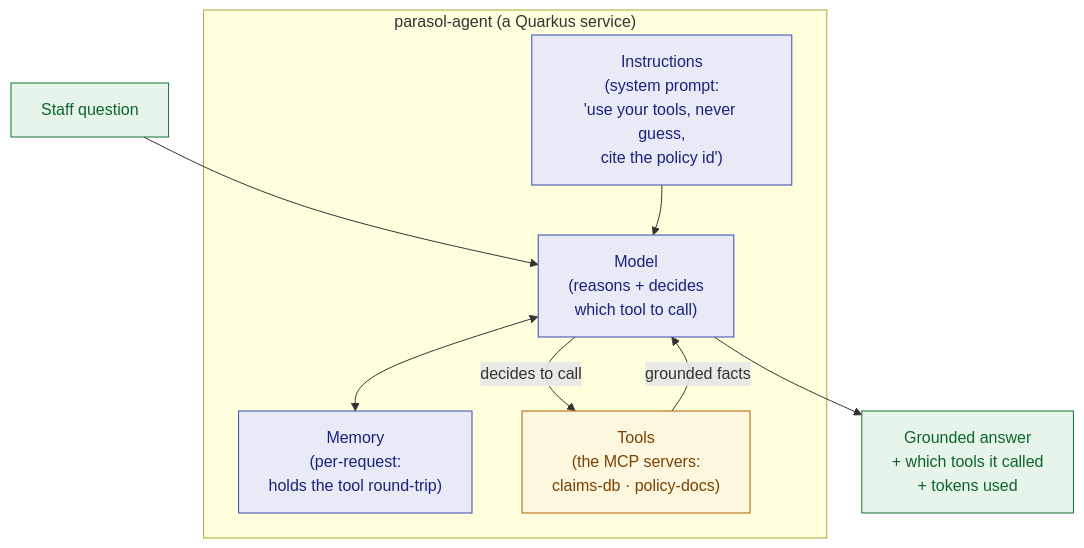
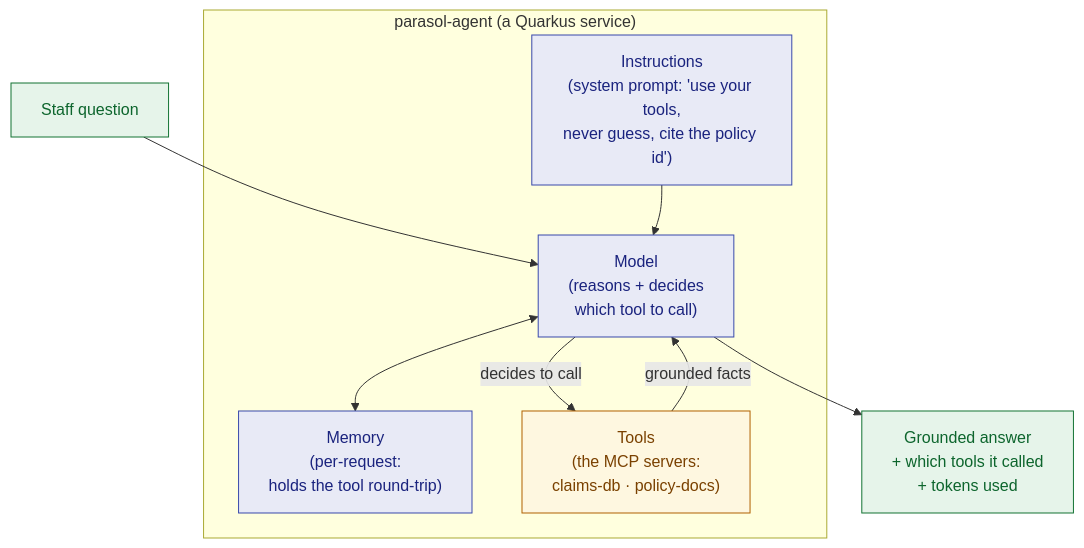
The diagram in content/modules/ROOT/examples/diagrams/agentic-ai/01-agent-anatomy.mmd (serhat-dirik/OCP-Getting-Started-Revamped), drawn with Mermaid before and after one commit. The commit also changed 23 other files, not shown here.

```diff
--- a/content/modules/ROOT/examples/diagrams/agentic-ai/01-agent-anatomy.mmd
+++ b/content/modules/ROOT/examples/diagrams/agentic-ai/01-agent-anatomy.mmd
@@ -1,17 +1,22 @@
+%% Agent anatomy — Agentic AI.
+%% The four parts concept.adoc enumerates: Instructions, Model, Memory, Tools. Do not add or
+%% remove a node — the prose says "It is four parts working together".
+%% Rewrapped 2026-08-23: `instr` carried four label lines, and every extra line multiplies the
+%% height of the tallest box in its rank. Same words, three lines.
 graph TD
   subgraph agent["parasol-agent (a Quarkus service)"]
-    instr["Instructions<br/>(system prompt:<br/>'use your tools, never guess,<br/>cite the policy id')"]
+    instr["Instructions<br/>(system prompt: 'use your tools,<br/>never guess, cite the policy id')"]
     model["Model<br/>(reasons + decides<br/>which tool to call)"]
     mem["Memory<br/>(per-request:<br/>holds the tool round-trip)"]
     tools["Tools<br/>(the MCP servers:<br/>claims-db · policy-docs)"]
   end
   q["Staff question"] --> model
   instr --> model
   model <--> mem
   model -->|"decides to call"| tools
   tools -->|"grounded facts"| model
   model --> a["Grounded answer<br/>+ which tools it called<br/>+ tokens used"]
   classDef svc fill:#e8eaf6,stroke:#3949ab,color:#1a237e;
   classDef io fill:#e6f4ea,stroke:#137333,color:#0d652d;
   classDef tool fill:#fef7e0,stroke:#b06000,color:#7a4100;
   class instr,model,mem svc; class q,a io; class tools tool;
```
